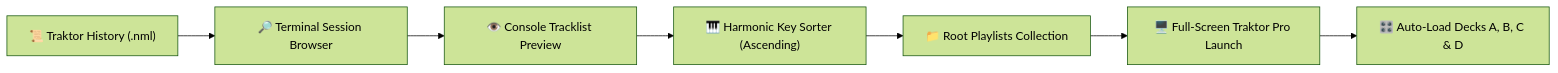
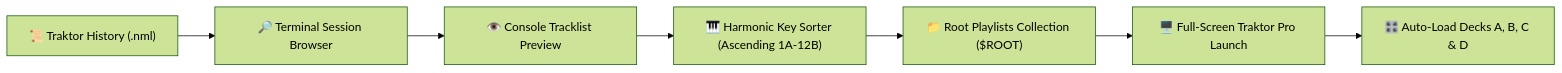
Before and after one commit to MPlanetarian/MP_Mix_Manager_v0.3: the eighth of 9 diagrams in README.md, drawn with Mermaid (forest theme). The commit also changed other lines of this file, not shown here.

Commit message:
docs: update README.md to comprehensively document v0.3.5 features and architecture

````diff
--- a/README.md
+++ b/README.md
@@ -112,9 +237,9 @@
 ```mermaid
 flowchart LR
     A["📜 Traktor History (.nml)"] --> B["🔎 Terminal Session Browser"]
     B --> C["👁️ Console Tracklist Preview"]
-    C --> D["🎹 Harmonic Key Sorter (Ascending)"]
-    D --> E["📁 Root Playlists Collection"]
+    C --> D["🎹 Harmonic Key Sorter (Ascending 1A-12B)"]
+    D --> E["📁 Root Playlists Collection ($ROOT)"]
     E --> F["🖥️ Full-Screen Traktor Pro Launch"]
     F --> G["🎛️ Auto-Load Decks A, B, C & D"]
 ```
````
